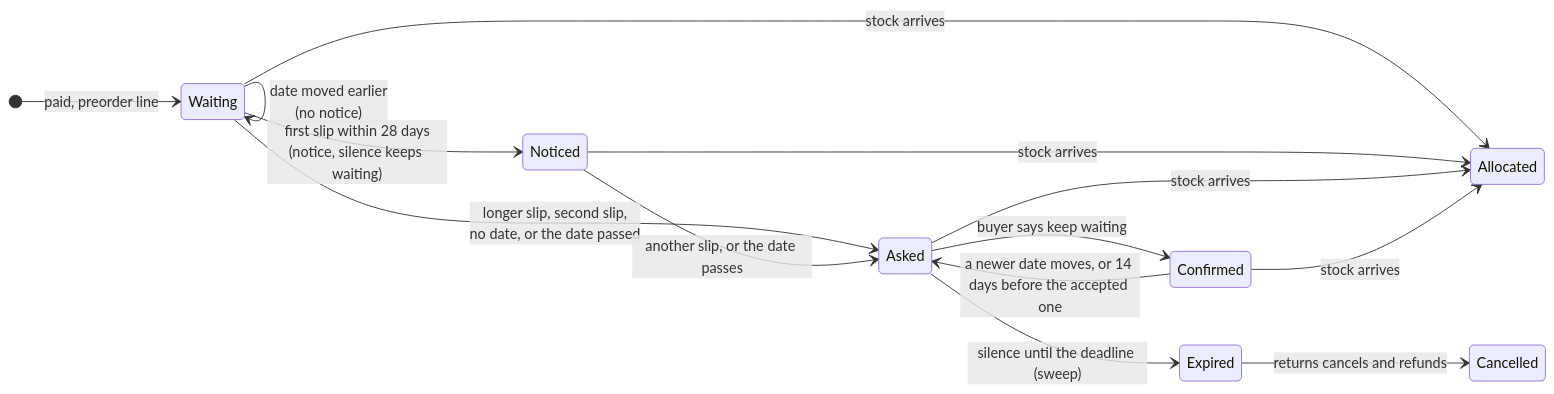
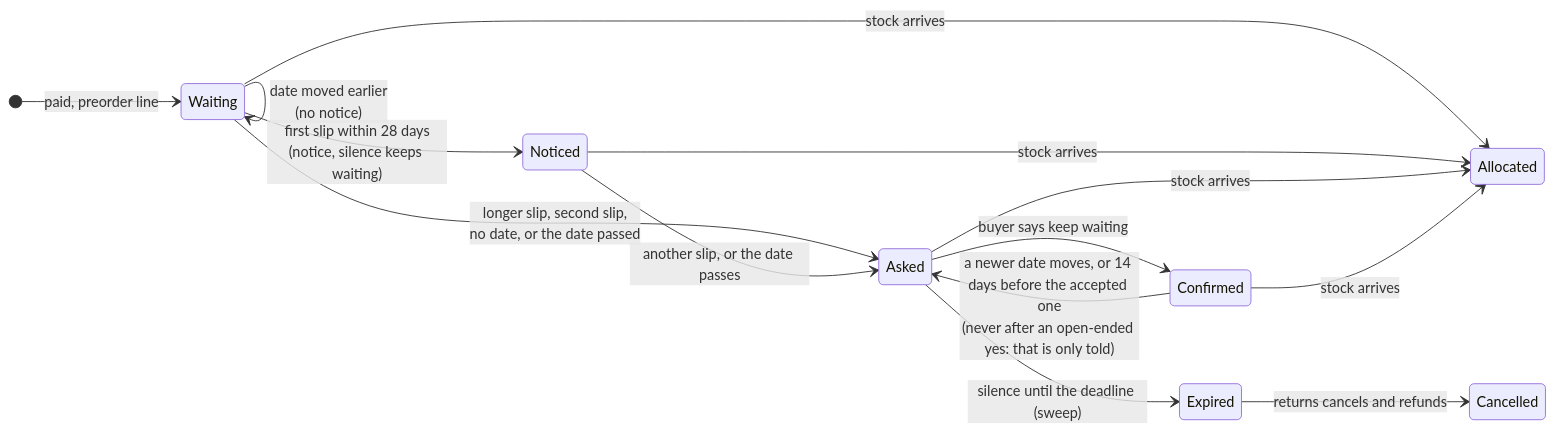
Before and after one commit to Guebbit/boilerplate-node-backend: the fifth of 7 diagrams in docs/modules/delivery.md, drawn with Mermaid. The commit also changed other lines of this file and 18 other files, not shown here.

````diff
--- a/docs/modules/delivery.md
+++ b/docs/modules/delivery.md
@@ -290,17 +298,17 @@
 ```mermaid
 stateDiagram-v2
     direction LR
     [*] --> Waiting: paid, preorder line
     Waiting --> Waiting: date moved earlier<br/>(no notice)
     Waiting --> Noticed: first slip within 28 days<br/>(notice, silence keeps waiting)
     Waiting --> Asked: longer slip, second slip,<br/>no date, or the date passed
     Noticed --> Asked: another slip, or the date passes
     Asked --> Confirmed: buyer says keep waiting
-    Confirmed --> Asked: a newer date moves, or 14 days before the accepted one
+    Confirmed --> Asked: a newer date moves, or 14 days before the accepted one<br/>(never after an open-ended yes: that is only told)
     Asked --> Expired: silence until the deadline (sweep)
     Expired --> Cancelled: returns cancels and refunds
     Waiting --> Allocated: stock arrives
     Noticed --> Allocated: stock arrives
     Asked --> Allocated: stock arrives
     Confirmed --> Allocated: stock arrives
 ```
````
